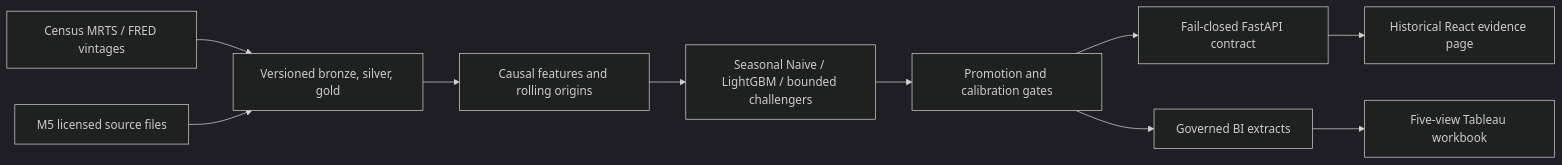
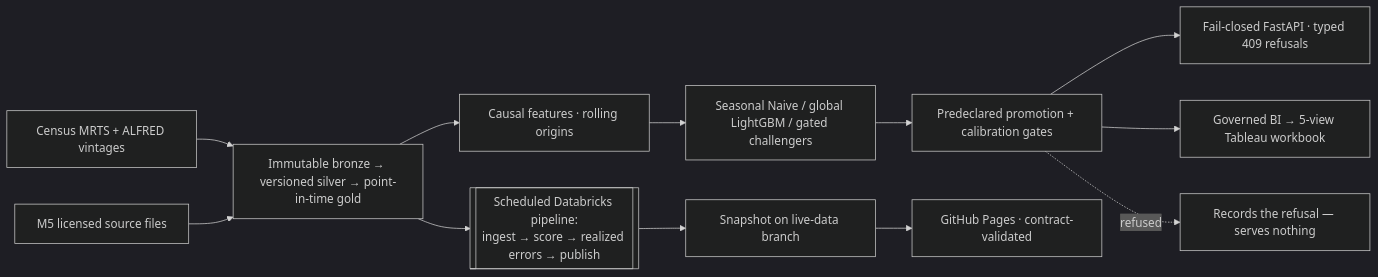
The diagram in README.md (oleeveeuh/retailPRED), drawn with Mermaid (dark theme) before and after one commit. The commit also changed other lines of this file, not shown here.

````diff
--- a/README.md
+++ b/README.md
@@ -54,12 +35,14 @@
 ```mermaid
 flowchart LR
-    A[Census MRTS / FRED vintages] --> B[Versioned bronze, silver, gold]
+    A[Census MRTS + ALFRED vintages] --> B[Immutable bronze → versioned silver → point-in-time gold]
     M[M5 licensed source files] --> B
-    B --> C[Causal features and rolling origins]
-    C --> D[Seasonal Naive / LightGBM / bounded challengers]
-    D --> E[Promotion and calibration gates]
-    E --> F[Fail-closed FastAPI contract]
-    E --> G[Governed BI extracts]
-    F --> H[Historical React evidence page]
-    G --> I[Five-view Tableau workbook]
+    B --> C[Causal features · rolling origins]
+    C --> D[Seasonal Naive / global LightGBM / gated challengers]
+    D --> E[Predeclared promotion + calibration gates]
+    E --> F[Fail-closed FastAPI · typed 409 refusals]
+    E --> G[Governed BI → 5-view Tableau workbook]
+    B --> P[[Scheduled Databricks pipeline:<br/>ingest → score → realized errors → publish]]
+    P --> S[Snapshot on live-data branch]
+    S --> W[GitHub Pages · contract-validated]
+    E -. refused .-> X[Records the refusal — serves nothing]
 ```
````
